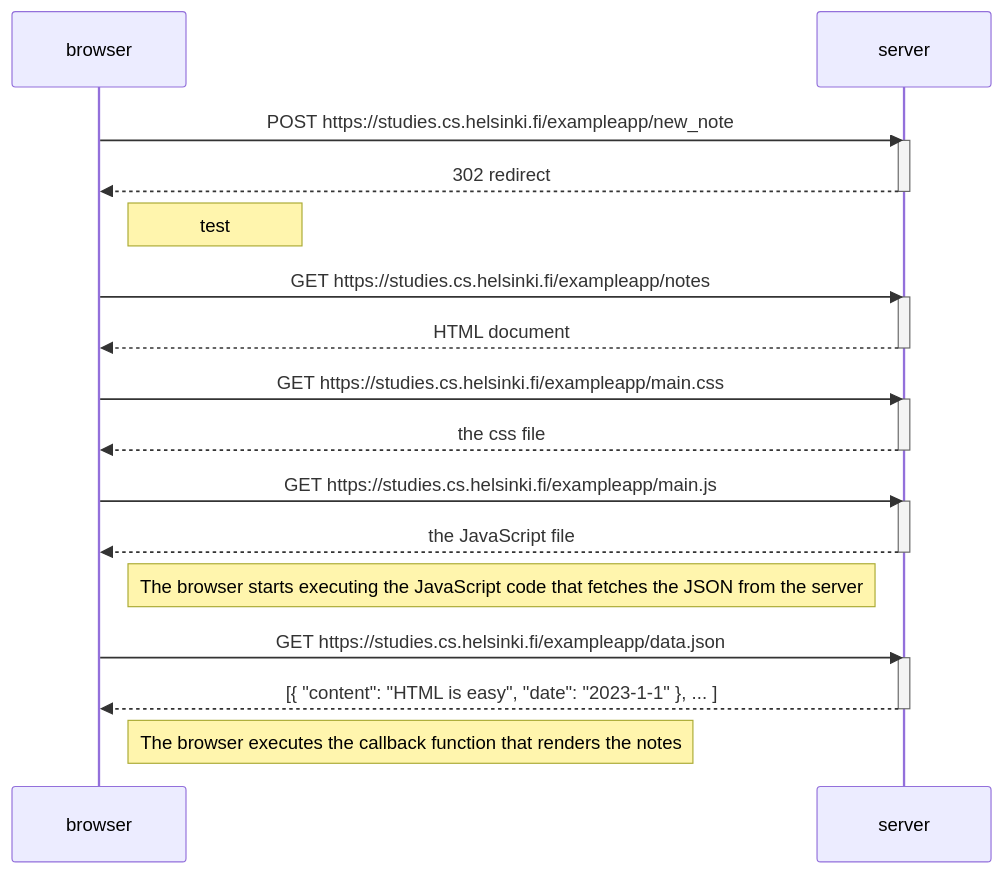
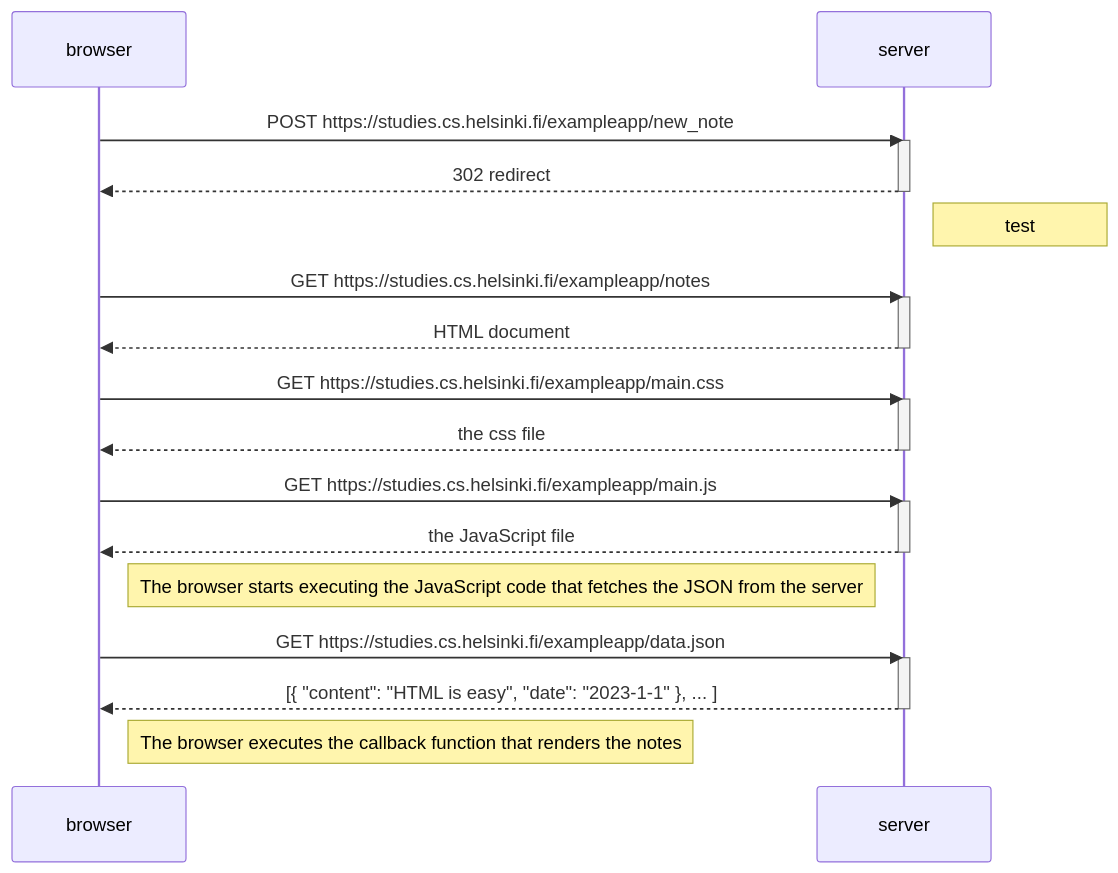
Before and after one commit to Dallair220/part0: the diagram in README.md, drawn with Mermaid.

````diff
--- a/README.md
+++ b/README.md
@@ -6,36 +6,36 @@
 ```mermaid
 sequenceDiagram
     participant browser
     participant server
 
     browser->>server: POST https://studies.cs.helsinki.fi/exampleapp/new_note
     activate server
     server-->>browser: 302 redirect
     deactivate server
 
-    Note right of browser: test
+    Note right of server: test
 
     browser->>server: GET https://studies.cs.helsinki.fi/exampleapp/notes
     activate server
     server-->>browser: HTML document
     deactivate server
 
     browser->>server: GET https://studies.cs.helsinki.fi/exampleapp/main.css
     activate server
     server-->>browser: the css file
     deactivate server
 
     browser->>server: GET https://studies.cs.helsinki.fi/exampleapp/main.js
     activate server
     server-->>browser: the JavaScript file
     deactivate server
 
     Note right of browser: The browser starts executing the JavaScript code that fetches the JSON from the server
 
     browser->>server: GET https://studies.cs.helsinki.fi/exampleapp/data.json
     activate server
     server-->>browser: [{ "content": "HTML is easy", "date": "2023-1-1" }, ... ]
     deactivate server
 
     Note right of browser: The browser executes the callback function that renders the notes
 ```
````
